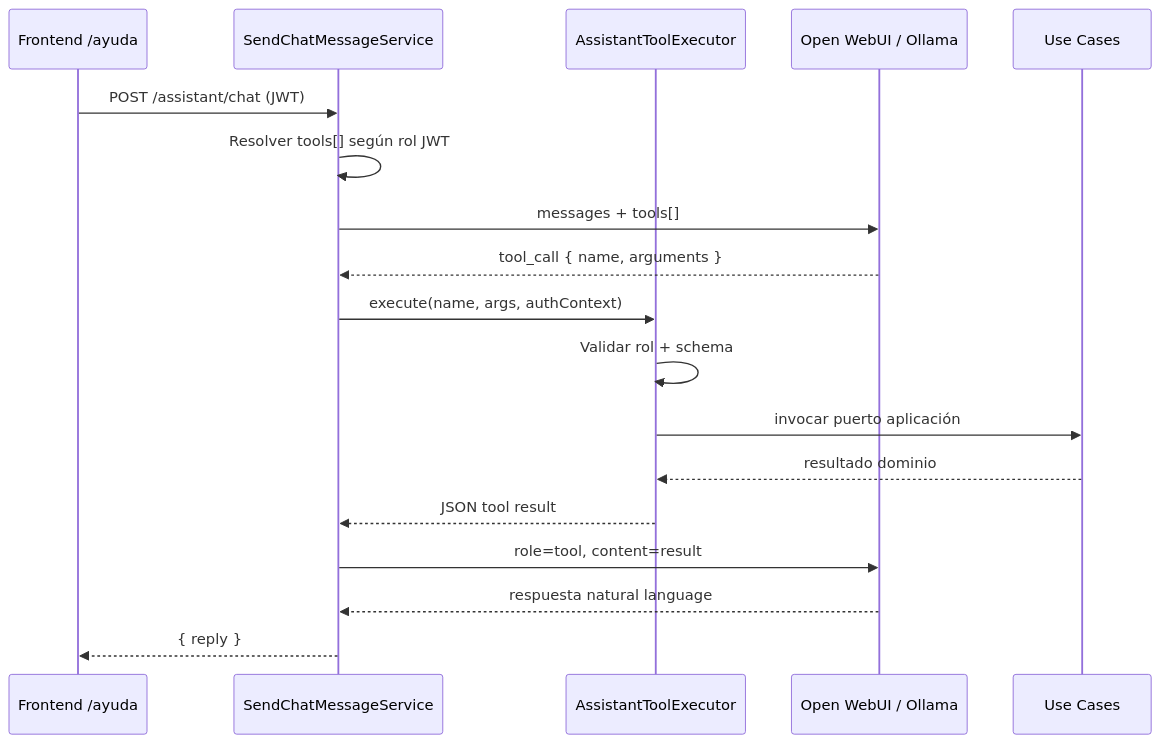
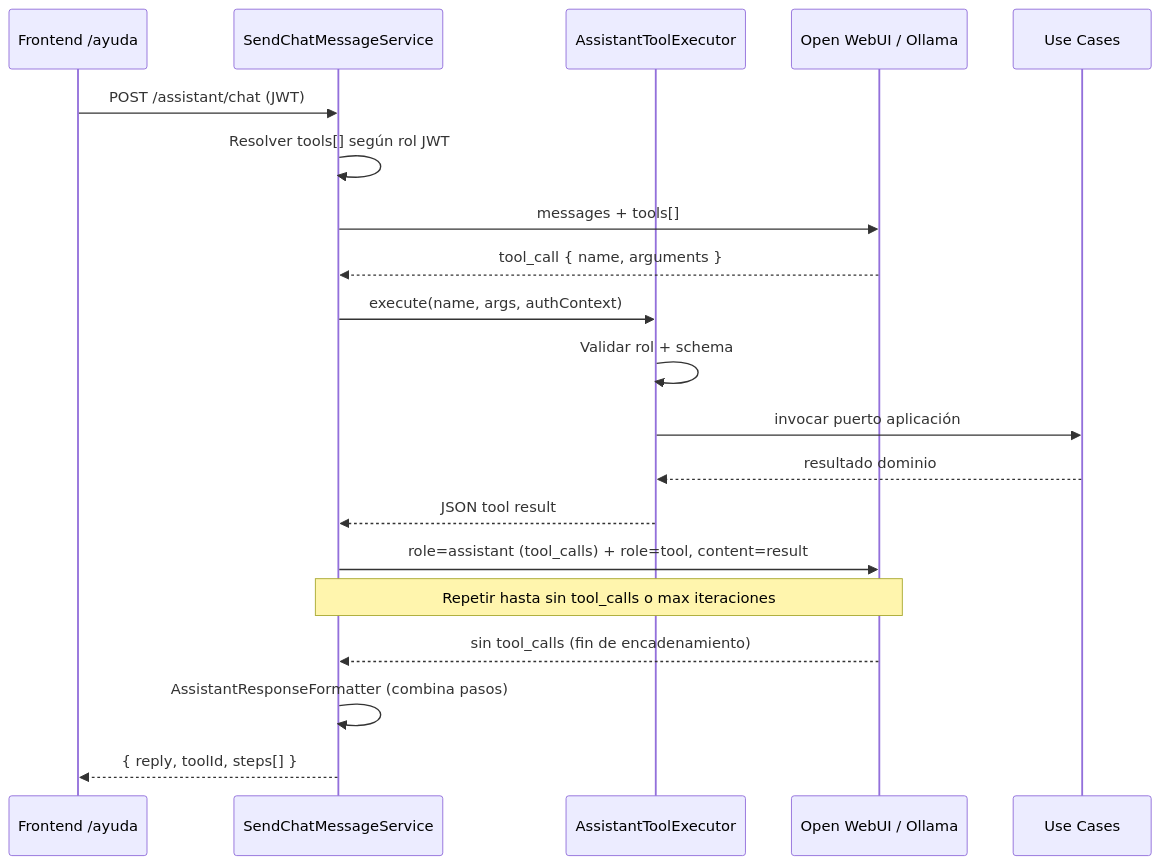
One commit to AcredIA-UMSS/sigesa-acreditacion-umss changed the third of 3 diagrams in docs/design/DD-SYS-002.md. Above: the diagram before and after it, drawn with Mermaid. The commit also changed other lines of this file and 73 other files, not shown here.

````diff
--- a/docs/design/DD-SYS-002.md
+++ b/docs/design/DD-SYS-002.md
@@ -436,21 +436,23 @@
 ```mermaid
 sequenceDiagram
   participant FE as Frontend /ayuda
   participant BE as SendChatMessageService
   participant EX as AssistantToolExecutor
   participant LLM as Open WebUI / Ollama
   participant UC as Use Cases
 
   FE->>BE: POST /assistant/chat (JWT)
   BE->>BE: Resolver tools[] según rol JWT
   BE->>LLM: messages + tools[]
   LLM-->>BE: tool_call { name, arguments }
   BE->>EX: execute(name, args, authContext)
   EX->>EX: Validar rol + schema
   EX->>UC: invocar puerto aplicación
   UC-->>EX: resultado dominio
   EX-->>BE: JSON tool result
-  BE->>LLM: role=tool, content=result
-  LLM-->>BE: respuesta natural language
-  BE-->>FE: { reply }
+  BE->>LLM: role=assistant (tool_calls) + role=tool, content=result
+  Note over BE,LLM: Repetir hasta sin tool_calls o max iteraciones
+  LLM-->>BE: sin tool_calls (fin de encadenamiento)
+  BE->>BE: AssistantResponseFormatter (combina pasos)
+  BE-->>FE: { reply, toolId, steps[] }
 ```
````
